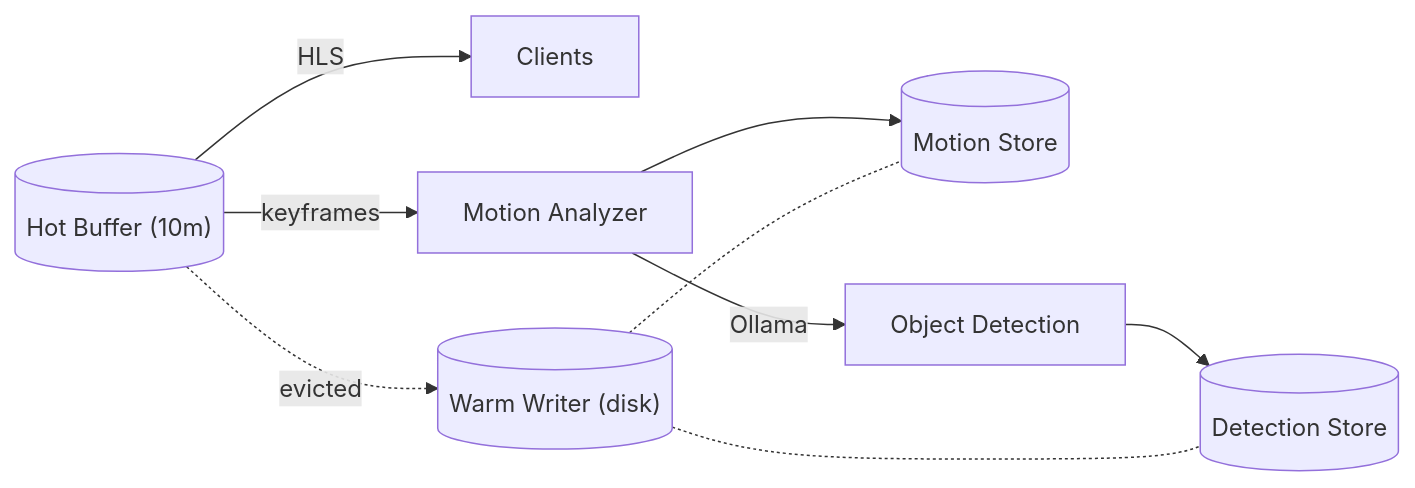
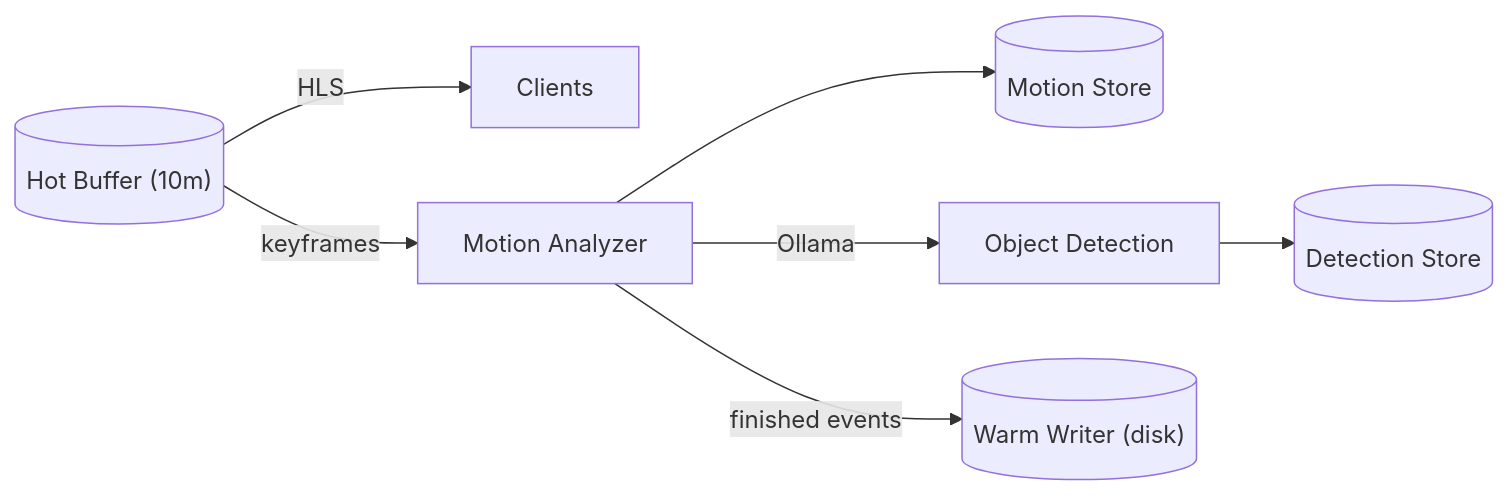
The second of 5 diagrams in README.md (nsg/camon), drawn with Mermaid before and after one commit. The commit also changed other lines of this file and 11 other files, not shown here.

First line of the commit message:
Persist events at motion-run end instead of hot-buffer eviction

````diff
--- a/README.md
+++ b/README.md
@@ -26,9 +26,7 @@
 ```mermaid
 flowchart LR
   HotBuffer[("Hot Buffer (10m)")] -->|HLS| Clients
-  HotBuffer -.->|evicted| WW[("Warm Writer (disk)")]
   HotBuffer -->|keyframes| MA["Motion Analyzer"] --> MS[("Motion Store")]
   MA -->|Ollama| OD["Object Detection"] --> DS[("Detection Store")]
-  WW -.- MS
-  WW -.- DS
+  MA -->|finished events| WW[("Warm Writer (disk)")]
 ```
````
